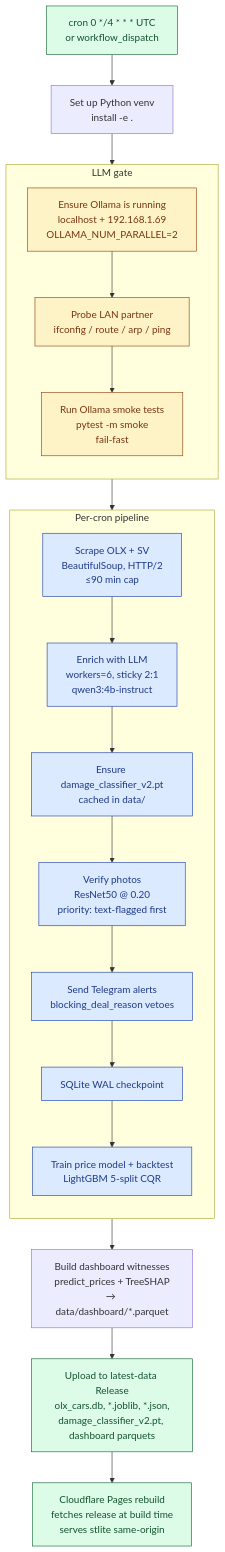
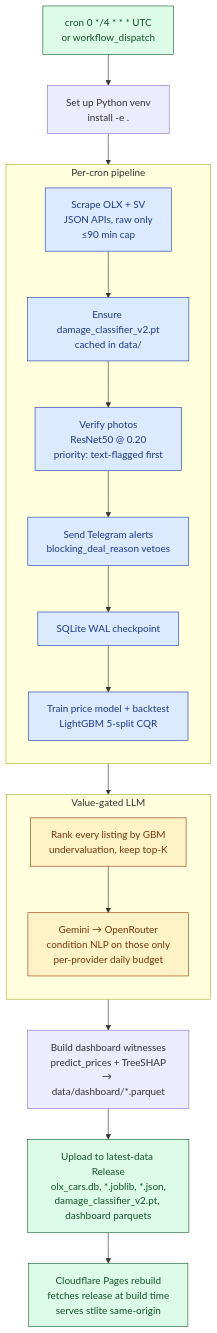
The first of 2 diagrams in README.md (nikit34/olx-car-parser), drawn with Mermaid before and after one commit. The commit also changed other lines of this file and 20 other files, not shown here.

````diff
--- a/README.md
+++ b/README.md
@@ -32,34 +32,32 @@
 ```mermaid
 flowchart TD
     Cron[cron 0 */4 * * * UTC<br/>or workflow_dispatch] --> Setup
-    Setup[Set up Python venv<br/>install -e .] --> Ollama
-
-    subgraph LLMGate [LLM gate]
-      direction TB
-      Ollama[Ensure Ollama is running<br/>localhost + 192.168.1.69<br/>OLLAMA_NUM_PARALLEL=2] --> Probe[Probe LAN partner<br/>ifconfig / route / arp / ping]
-      Probe --> Smoke[Run Ollama smoke tests<br/>pytest -m smoke<br/>fail-fast]
-    end
-
-    Smoke --> Scrape
+    Setup[Set up Python venv<br/>install -e .] --> Scrape
 
     subgraph Pipeline [Per-cron pipeline]
       direction TB
-      Scrape[Scrape OLX + SV<br/>BeautifulSoup, HTTP/2<br/>≤90 min cap] --> Enrich[Enrich with LLM<br/>workers=6, sticky 2:1<br/>qwen3:4b-instruct]
-      Enrich --> Weights[Ensure damage_classifier_v2.pt<br/>cached in data/]
+      Scrape[Scrape OLX + SV<br/>JSON APIs, raw only<br/>≤90 min cap] --> Weights[Ensure damage_classifier_v2.pt<br/>cached in data/]
       Weights --> Verify[Verify photos<br/>ResNet50 @ 0.20<br/>priority: text-flagged first]
       Verify --> Alerts[Send Telegram alerts<br/>blocking_deal_reason vetoes]
       Alerts --> Checkpoint[SQLite WAL checkpoint]
       Checkpoint --> Train[Train price model + backtest<br/>LightGBM 5-split CQR]
     end
 
-    Train --> Witnesses[Build dashboard witnesses<br/>predict_prices + TreeSHAP<br/>→ data/dashboard/*.parquet]
+    Train --> Enrich
+
+    subgraph LLMStep [Value-gated LLM]
+      direction TB
+      Enrich[Rank every listing by GBM<br/>undervaluation, keep top-K] --> Cascade[Gemini → OpenRouter<br/>condition NLP on those only<br/>per-provider daily budget]
+    end
+
+    Cascade --> Witnesses[Build dashboard witnesses<br/>predict_prices + TreeSHAP<br/>→ data/dashboard/*.parquet]
     Witnesses --> Upload[Upload to latest-data Release<br/>olx_cars.db, *.joblib, *.json,<br/>damage_classifier_v2.pt, dashboard parquets]
     Upload --> Dashboard[Cloudflare Pages rebuild<br/>fetches release at build time<br/>serves stlite same-origin]
 
     classDef gate fill:#fef3c7,stroke:#92400e,color:#78350f
     classDef step fill:#dbeafe,stroke:#1e40af,color:#1e3a8a
     classDef terminal fill:#dcfce7,stroke:#166534,color:#14532d
-    class Ollama,Probe,Smoke gate
-    class Scrape,Enrich,Weights,Verify,Alerts,Checkpoint,Train step
+    class Enrich,Cascade gate
+    class Scrape,Weights,Verify,Alerts,Checkpoint,Train step
     class Cron,Upload,Dashboard terminal
 ```
````
